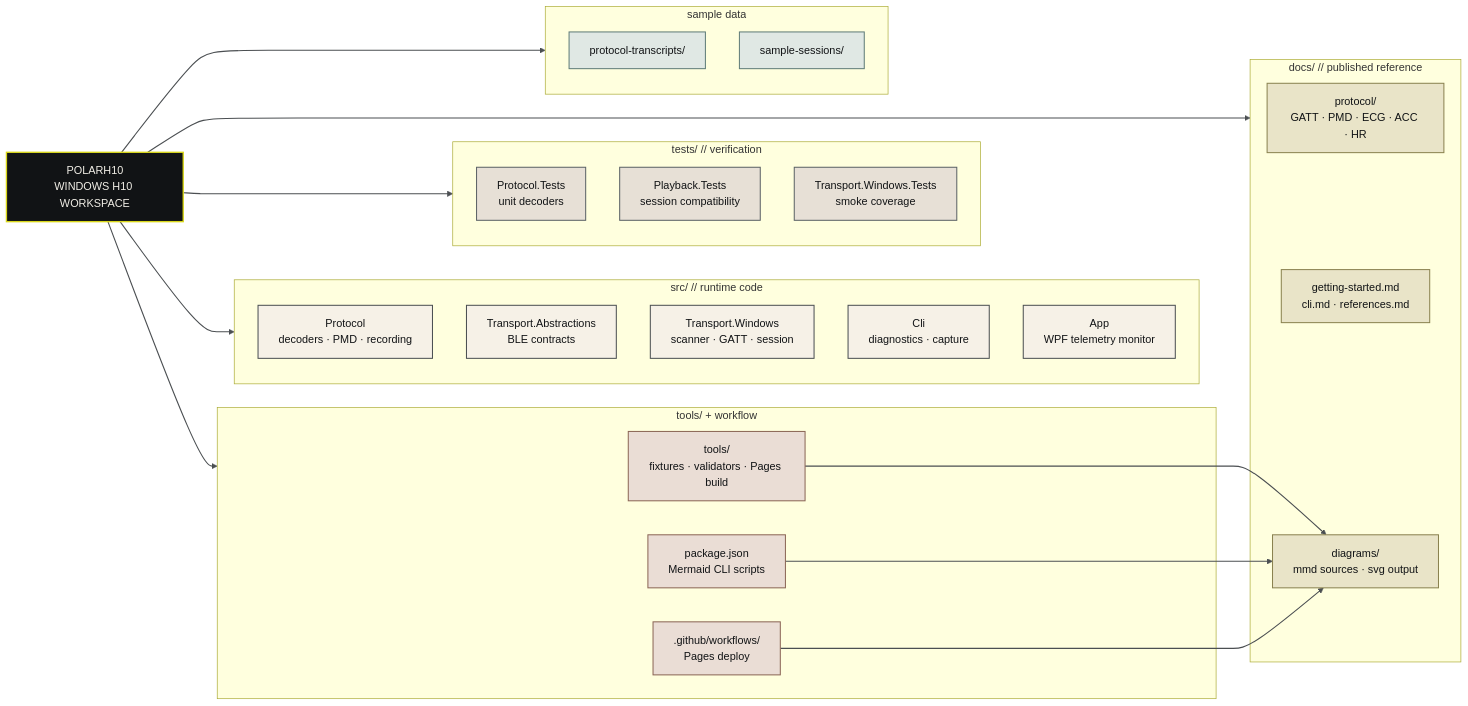
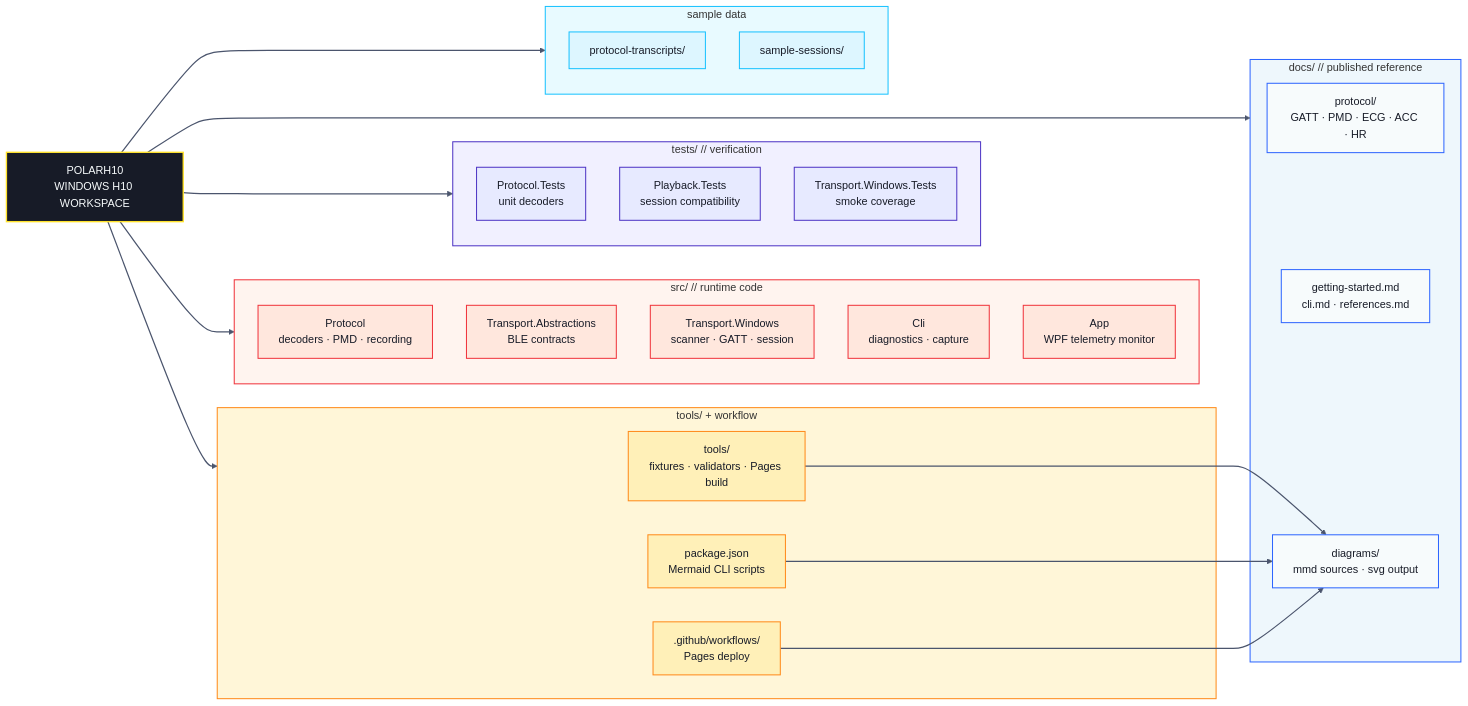
One commit to MesmerPrism/PolarH10 changed the first of 3 diagrams in README.md. Above: the diagram before and after it, drawn with Mermaid. The commit also changed other lines of this file and 15 other files, not shown here.

Commit message:
Reframe site around app and intensify diagram palette

````diff
--- a/README.md
+++ b/README.md
@@ -27,58 +27,64 @@
 ```mermaid
 flowchart LR
     R["POLARH10<br/>WINDOWS H10 WORKSPACE"]
 
     subgraph Source["src/ // runtime code"]
         P1["Protocol<br/>decoders · PMD · recording"]
         P2["Transport.Abstractions<br/>BLE contracts"]
         P3["Transport.Windows<br/>scanner · GATT · session"]
         P4["Cli<br/>diagnostics · capture"]
         P5["App<br/>WPF telemetry monitor"]
     end
 
     subgraph Tests["tests/ // verification"]
         T1["Protocol.Tests<br/>unit decoders"]
         T2["Playback.Tests<br/>session compatibility"]
         T3["Transport.Windows.Tests<br/>smoke coverage"]
     end
 
     subgraph Docs["docs/ // published reference"]
         D1["protocol/<br/>GATT · PMD · ECG · ACC · HR"]
         D2["getting-started.md<br/>cli.md · references.md"]
         D3["diagrams/<br/>mmd sources · svg output"]
     end
 
     subgraph Tooling["tools/ + workflow"]
         TL1["tools/<br/>fixtures · validators · Pages build"]
         TL2["package.json<br/>Mermaid CLI scripts"]
         TL3[".github/workflows/<br/>Pages deploy"]
     end
 
     subgraph Samples["sample data"]
         S1["protocol-transcripts/"]
         S2["sample-sessions/"]
     end
 
     R --> Source
     R --> Tests
     R --> Docs
     R --> Tooling
     R --> Samples
     TL1 --> D3
     TL2 --> D3
     TL3 --> D3
 
-    classDef hub fill:#111315,stroke:#D8D61A,color:#F1EEE6,stroke-width:2px;
-    classDef source fill:#F6F1E7,stroke:#4B4F52,color:#111315,stroke-width:1.5px;
-    classDef tests fill:#E7E0D6,stroke:#5B6266,color:#111315,stroke-width:1.5px;
-    classDef docs fill:#E9E4C8,stroke:#8A8250,color:#111315,stroke-width:1.5px;
-    classDef tooling fill:#EADDD5,stroke:#8B6656,color:#111315,stroke-width:1.5px;
-    classDef sample fill:#E0E8E4,stroke:#607C78,color:#111315,stroke-width:1.5px;
+    style Source fill:#FFF4EF,stroke:#F0343C,stroke-width:1.5px;
+    style Tests fill:#F1F0FF,stroke:#4E35C5,stroke-width:1.5px;
+    style Docs fill:#EEF7FC,stroke:#2E66FF,stroke-width:1.5px;
+    style Tooling fill:#FFF6D8,stroke:#FF8A1A,stroke-width:1.5px;
+    style Samples fill:#E8FAFF,stroke:#18C2FF,stroke-width:1.5px;
+
+    classDef hub fill:#171B27,stroke:#FFE22B,color:#F7FBFC,stroke-width:2px;
+    classDef source fill:#FFE7DD,stroke:#F0343C,color:#171B27,stroke-width:1.5px;
+    classDef tests fill:#E7EAFF,stroke:#4E35C5,color:#171B27,stroke-width:1.5px;
+    classDef docs fill:#F7FBFC,stroke:#2E66FF,color:#171B27,stroke-width:1.5px;
+    classDef tooling fill:#FFF0B8,stroke:#FF8A1A,color:#171B27,stroke-width:1.5px;
+    classDef sample fill:#DDF6FF,stroke:#18C2FF,color:#171B27,stroke-width:1.5px;
     class R hub;
     class P1,P2,P3,P4,P5 source;
     class T1,T2,T3 tests;
     class D1,D2,D3 docs;
     class TL1,TL2,TL3 tooling;
     class S1,S2 sample;
-    linkStyle default stroke:#4B4F52,stroke-width:1.6px;
+    linkStyle default stroke:#4B556D,stroke-width:1.8px;
 ```
````
